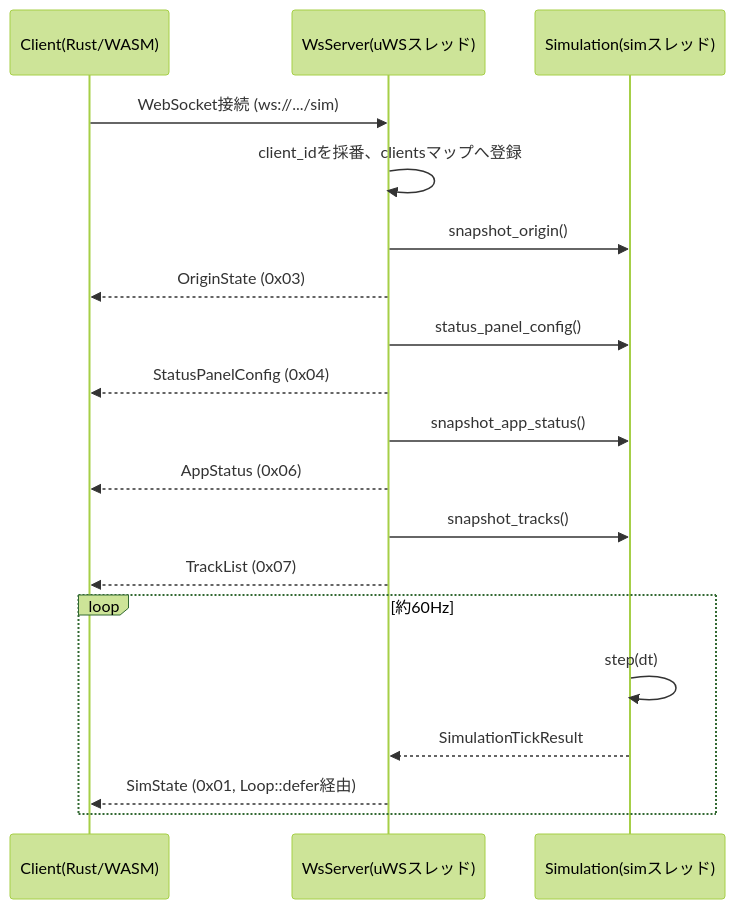
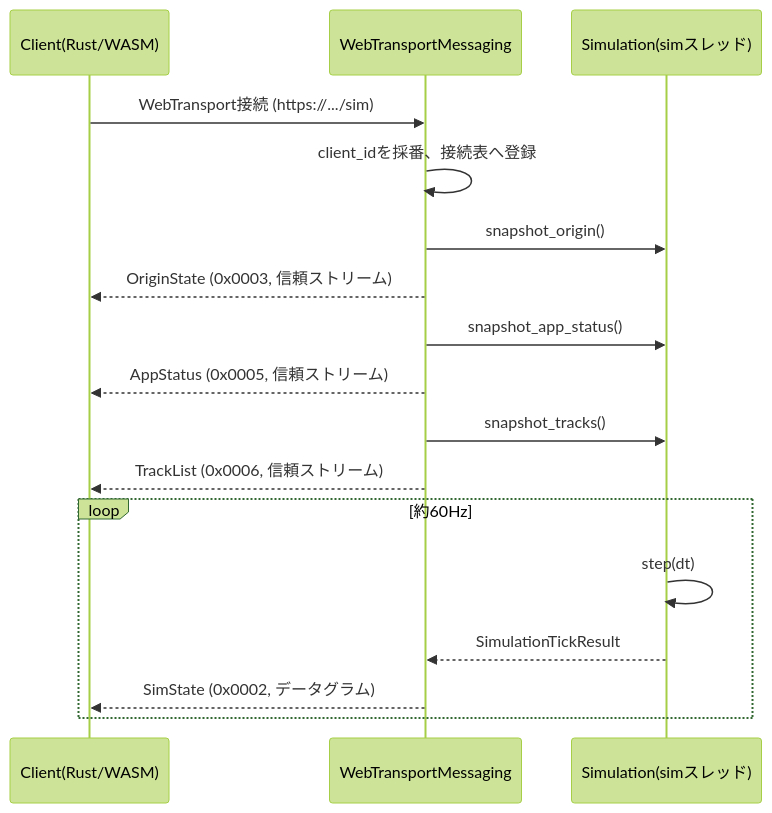
One commit to ham1a6/SimulationView changed the third of 11 diagrams in sample/docs/DETAILED_DESIGN.md. Above: the diagram before and after it, drawn with Mermaid (forest theme). The commit also changed other lines of this file and 25 other files, not shown here.

````diff
--- a/sample/docs/DETAILED_DESIGN.md
+++ b/sample/docs/DETAILED_DESIGN.md
@@ -262,22 +257,20 @@
 ```mermaid
 sequenceDiagram
     participant C as Client(Rust/WASM)
-    participant WS as WsServer(uWSスレッド)
+    participant WT as WebTransportMessaging
     participant Sim as Simulation(simスレッド)
 
-    C->>WS: WebSocket接続 (ws://.../sim)
-    WS->>WS: client_idを採番、clientsマップへ登録
-    WS->>Sim: snapshot_origin()
-    WS-->>C: OriginState (0x03)
-    WS->>Sim: status_panel_config()
-    WS-->>C: StatusPanelConfig (0x04)
-    WS->>Sim: snapshot_app_status()
-    WS-->>C: AppStatus (0x06)
-    WS->>Sim: snapshot_tracks()
-    WS-->>C: TrackList (0x07)
+    C->>WT: WebTransport接続 (https://.../sim)
+    WT->>WT: client_idを採番、接続表へ登録
+    WT->>Sim: snapshot_origin()
+    WT-->>C: OriginState (0x0003, 信頼ストリーム)
+    WT->>Sim: snapshot_app_status()
+    WT-->>C: AppStatus (0x0005, 信頼ストリーム)
+    WT->>Sim: snapshot_tracks()
+    WT-->>C: TrackList (0x0006, 信頼ストリーム)
     loop 約60Hz
         Sim->>Sim: step(dt)
-        Sim-->>WS: SimulationTickResult
-        WS-->>C: SimState (0x01, Loop::defer経由)
+        Sim-->>WT: SimulationTickResult
+        WT-->>C: SimState (0x0002, データグラム)
     end
 ```
````
